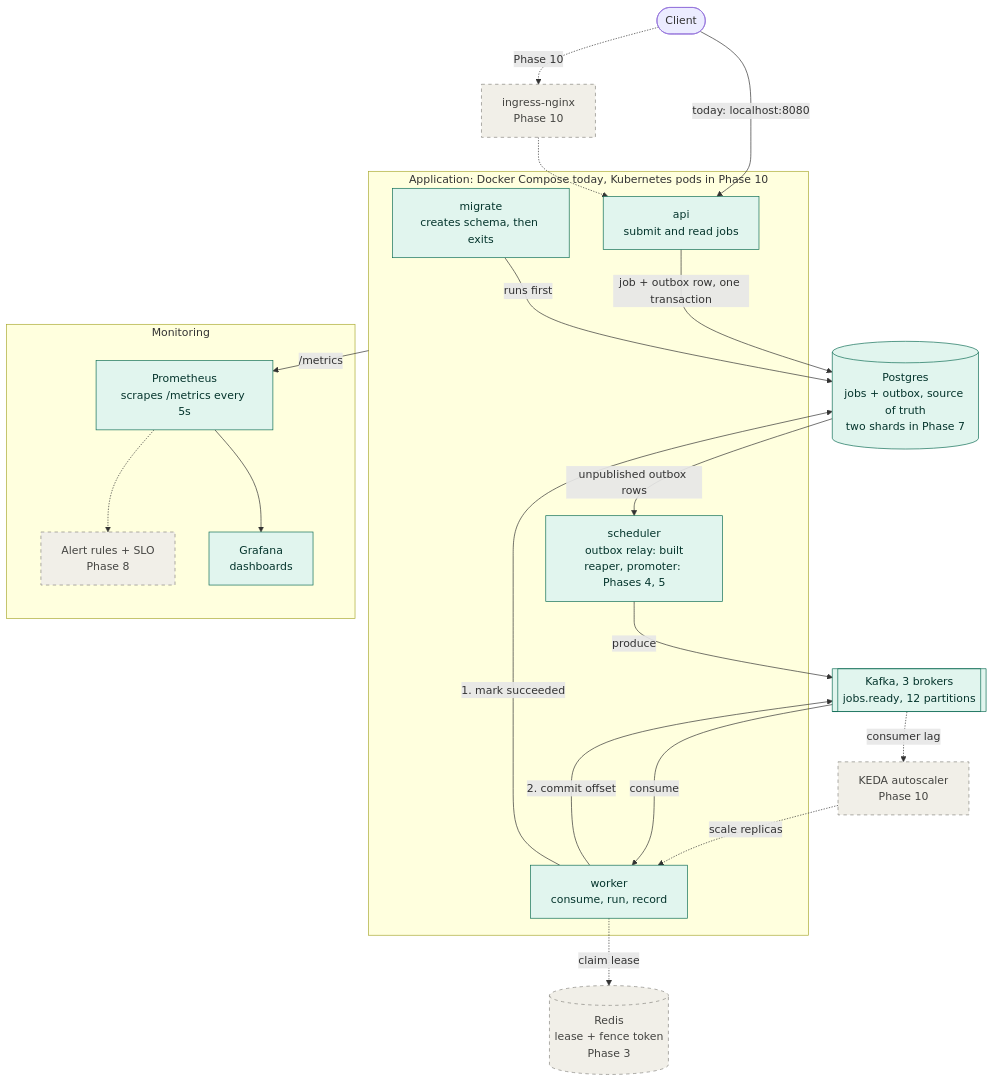
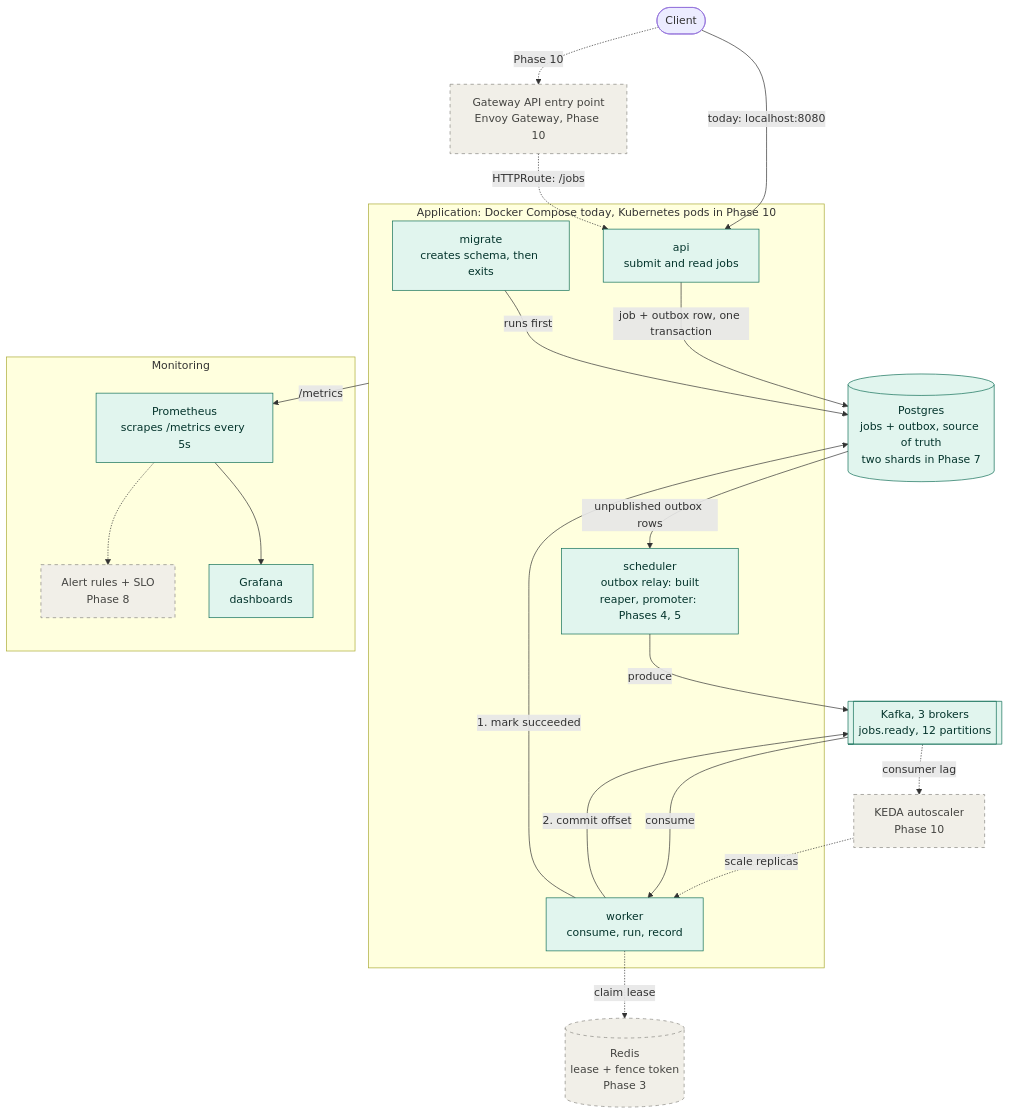
Before and after one commit to jianrontan/leasework: the diagram in docs/architecture.md, drawn with Mermaid. The commit also changed other lines of this file and 2 other files, not shown here.

Commit message:
docs: replace retired ingress-nginx with the gateway api

````diff
--- a/docs/architecture.md
+++ b/docs/architecture.md
@@ -8,45 +8,45 @@
 ```mermaid
 flowchart TB
     client(["Client"])
-    ingress["ingress-nginx<br/>Phase 10"]:::planned
+    gateway["Gateway API entry point<br/>Envoy Gateway, Phase 10"]:::planned
 
     subgraph app["Application: Docker Compose today, Kubernetes pods in Phase 10"]
         migrate["migrate<br/>creates schema, then exits"]:::done
         api["api<br/>submit and read jobs"]:::done
         scheduler["scheduler<br/>outbox relay: built<br/>reaper, promoter: Phases 4, 5"]:::done
         worker["worker<br/>consume, run, record"]:::done
     end
 
     pg[("Postgres<br/>jobs + outbox, source of truth<br/>two shards in Phase 7")]:::done
     kafka[["Kafka, 3 brokers<br/>jobs.ready, 12 partitions"]]:::done
     redis[("Redis<br/>lease + fence token<br/>Phase 3")]:::planned
     keda["KEDA autoscaler<br/>Phase 10"]:::planned
 
     subgraph monitoring["Monitoring"]
         prom["Prometheus<br/>scrapes /metrics every 5s"]:::done
         grafana["Grafana<br/>dashboards"]:::done
         alerts["Alert rules + SLO<br/>Phase 8"]:::planned
     end
 
     client -->|"today: localhost:8080"| api
-    client -.->|"Phase 10"| ingress
-    ingress -.-> api
+    client -.->|"Phase 10"| gateway
+    gateway -.->|"HTTPRoute: /jobs"| api
 
     migrate -->|"runs first"| pg
     api -->|"job + outbox row, one transaction"| pg
     pg -->|"unpublished outbox rows"| scheduler
     scheduler -->|"produce"| kafka
     kafka -->|"consume"| worker
     worker -->|"1. mark succeeded"| pg
     worker -->|"2. commit offset"| kafka
     worker -.->|"claim lease"| redis
     kafka -.->|"consumer lag"| keda
     keda -.->|"scale replicas"| worker
 
     app -->|"/metrics"| prom
     prom --> grafana
     prom -.-> alerts
 
     classDef done fill:#E1F5EE,stroke:#0F6E56,color:#04342C
     classDef planned fill:#F1EFE8,stroke:#888780,color:#444441,stroke-dasharray:5 5
 ```
````
